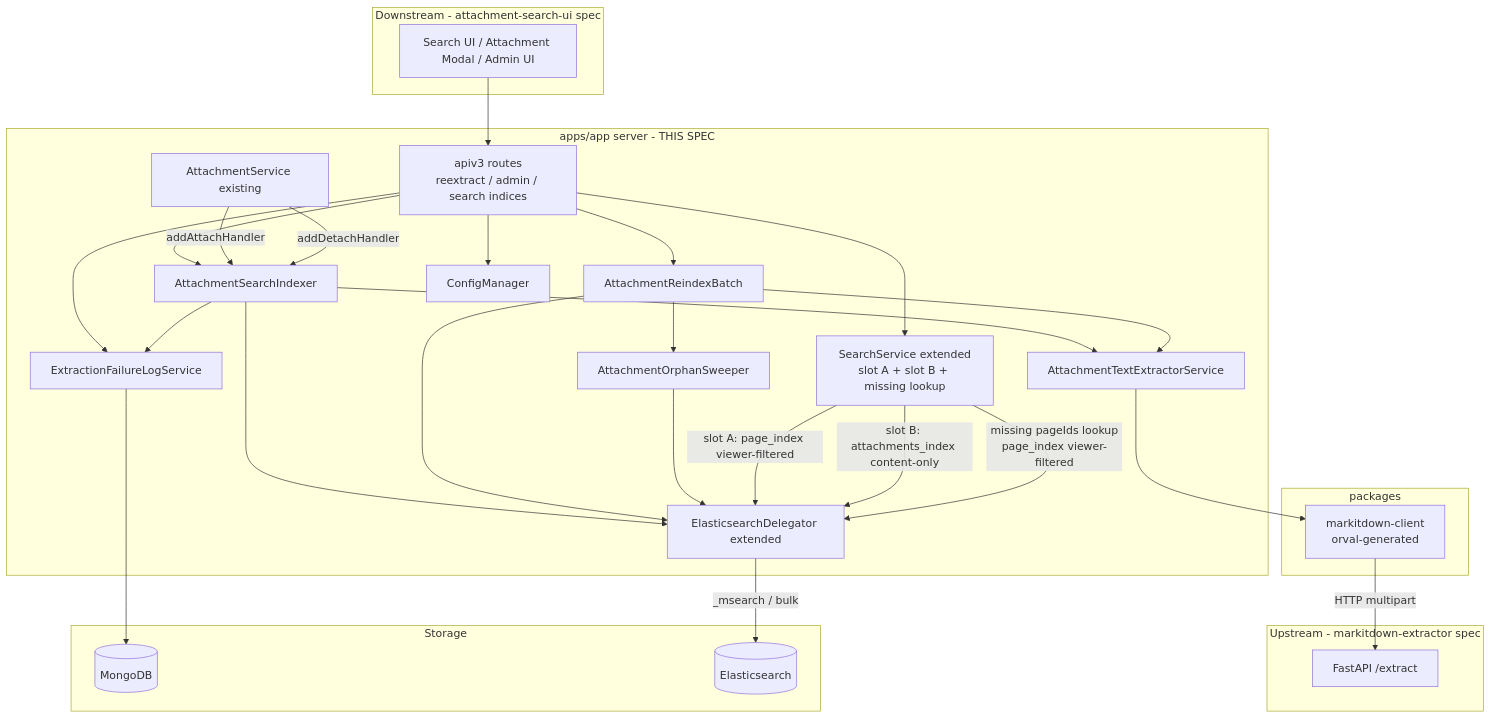
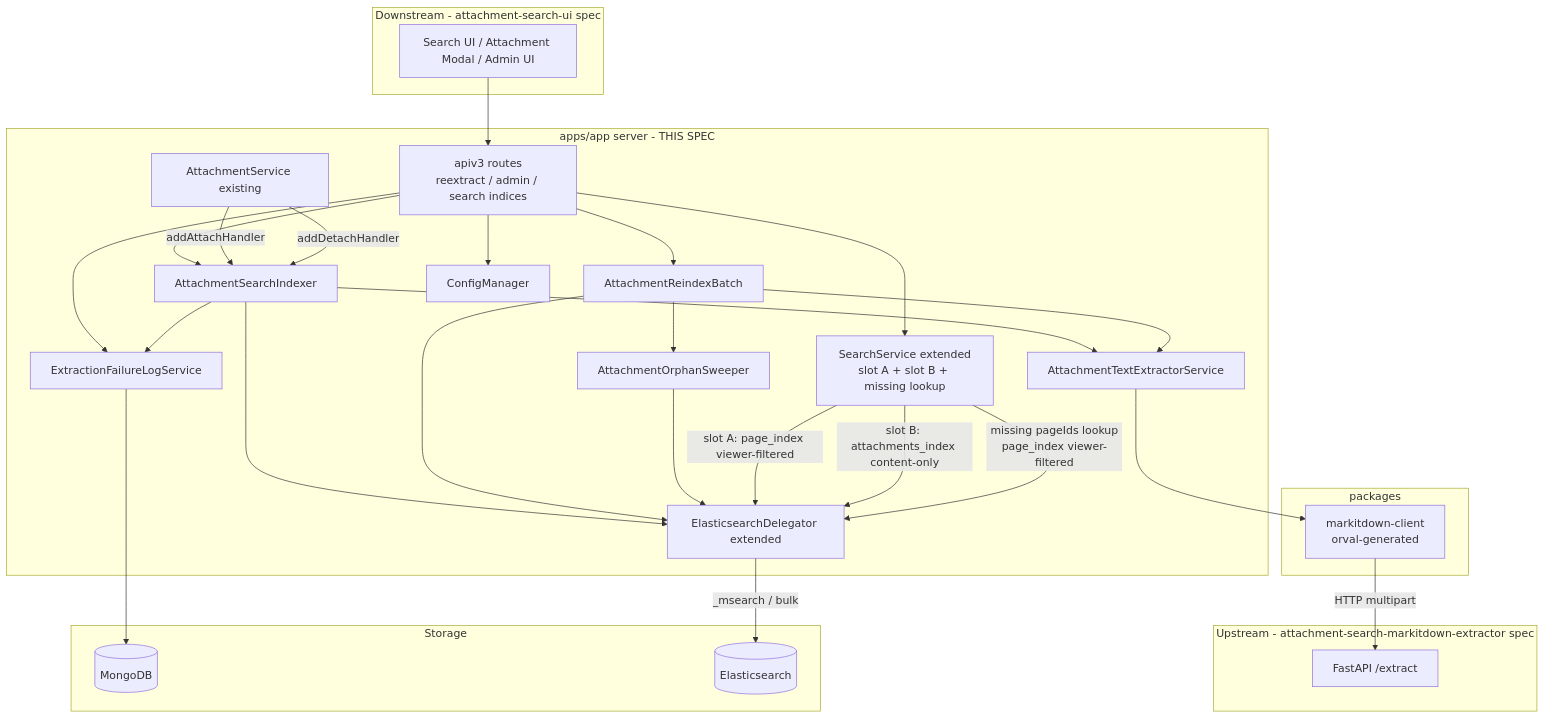
One commit to growilabs/growi changed the first of 5 diagrams in .kiro/specs/attachment-search-indexing/design.md. Above: the diagram before and after it, drawn with Mermaid. The commit also changed other lines of this file and 19 other files, not shown here.

````diff
--- a/.kiro/specs/attachment-search-indexing/design.md
+++ b/.kiro/specs/attachment-search-indexing/design.md
@@ -100,59 +100,59 @@
 ```mermaid
 graph TB
-    subgraph upstream [Upstream - markitdown-extractor spec]
+    subgraph upstream [Upstream - attachment-search-markitdown-extractor spec]
         FastAPI[FastAPI /extract]
     end
 
     subgraph downstream [Downstream - attachment-search-ui spec]
         UI[Search UI / Attachment Modal / Admin UI]
     end
 
     subgraph apps_app [apps/app server - THIS SPEC]
         ApiV3[apiv3 routes<br/>reextract / admin / search indices]
         SearchService[SearchService extended<br/>slot A + slot B + missing lookup]
         ESDelegator[ElasticsearchDelegator extended]
         AttachmentService[AttachmentService existing]
         Indexer[AttachmentSearchIndexer]
         Extractor[AttachmentTextExtractorService]
         ReindexBatch[AttachmentReindexBatch]
         OrphanSweeper[AttachmentOrphanSweeper]
         FailureLog[ExtractionFailureLogService]
         ConfigManager[ConfigManager]
     end
 
     subgraph client_pkg [packages]
         Client[markitdown-client<br/>orval-generated]
     end
 
     subgraph storage [Storage]
         Mongo[(MongoDB)]
         ES[(Elasticsearch)]
     end
 
     UI --> ApiV3
     ApiV3 --> SearchService
     ApiV3 --> ReindexBatch
     ApiV3 --> Indexer
     ApiV3 --> FailureLog
     ApiV3 --> ConfigManager
 
     AttachmentService -->|addAttachHandler| Indexer
     AttachmentService -->|addDetachHandler| Indexer
 
     Indexer --> Extractor
     Indexer --> ESDelegator
     Indexer --> FailureLog
     ReindexBatch --> Extractor
     ReindexBatch --> ESDelegator
     ReindexBatch --> OrphanSweeper
     OrphanSweeper --> ESDelegator
 
     Extractor --> Client
     Client -->|HTTP multipart| FastAPI
 
     SearchService -->|slot A: page_index viewer-filtered| ESDelegator
     SearchService -->|slot B: attachments_index content-only| ESDelegator
     SearchService -->|missing pageIds lookup<br/>page_index viewer-filtered| ESDelegator
     ESDelegator -->|_msearch / bulk| ES
     FailureLog --> Mongo
 ```
````
